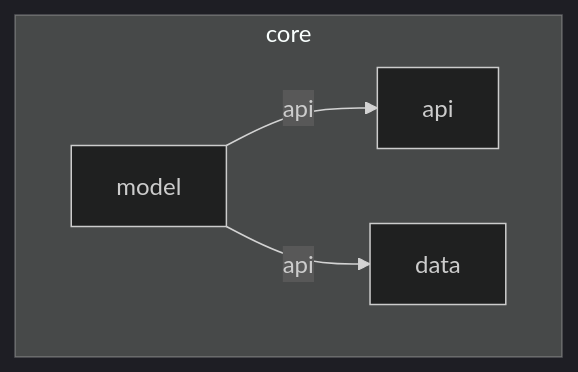
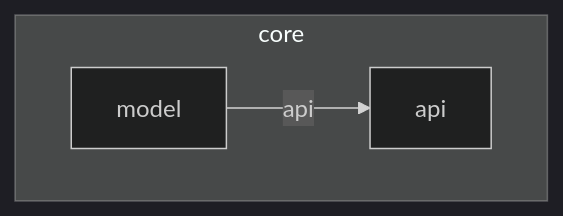
Before and after one commit to Dussim/cv-app: the diagram in core/model/README.md, drawn with Mermaid. The commit also changed 10 other files, not shown here.

````diff
--- a/core/model/README.md
+++ b/core/model/README.md
@@ -3,17 +3,15 @@
 ```mermaid
 %%{
   init: {
     'theme': 'dark'
   }
 }%%
 
 graph TB
   subgraph core
     api
-    data
     model
   end
   model -- api --> api
-  model -- api --> data
 
 ```
````
